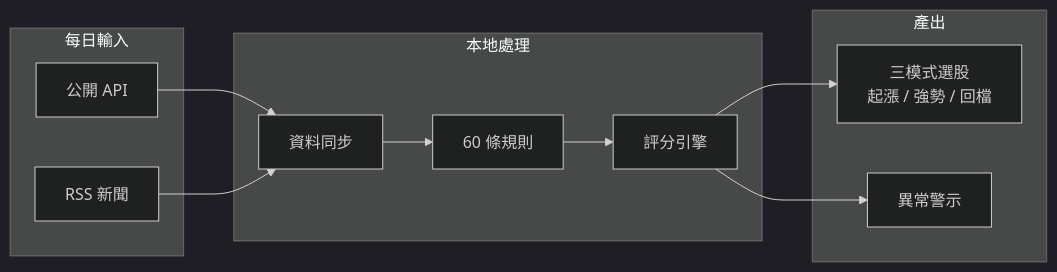
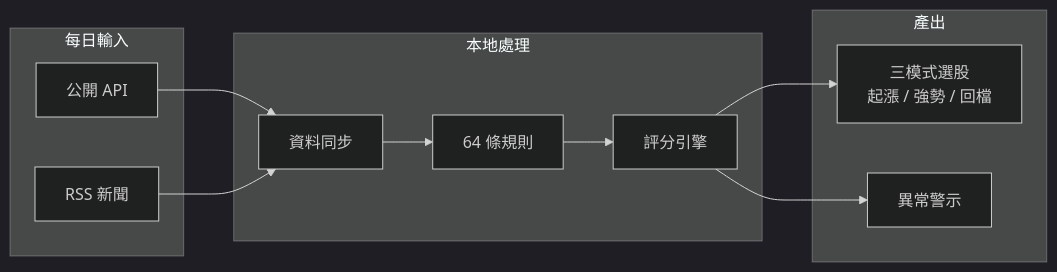
The diagram in CLAUDE.md (Neal75418/afterclose), drawn with Mermaid before and after one commit. The commit also changed other lines of this file and 1 other file, not shown here.

````diff
--- a/CLAUDE.md
+++ b/CLAUDE.md
@@ -11,24 +11,24 @@
 ```mermaid
 %%{init: {'theme': 'dark'}}%%
 flowchart LR
     subgraph Input["每日輸入"]
         API["公開 API"]
         RSS["RSS 新聞"]
     end
 
     subgraph Process["本地處理"]
         Sync["資料同步"]
-        Rules["60 條規則"]
+        Rules["64 條規則"]
         Score["評分引擎"]
     end
 
     subgraph Output["產出"]
         Modes["三模式選股<br/>起漲 / 強勢 / 回檔"]
         Alert["異常警示"]
     end
 
     API --> Sync
     RSS --> Sync
     Sync --> Rules --> Score --> Modes
     Score --> Alert
 ```
````
